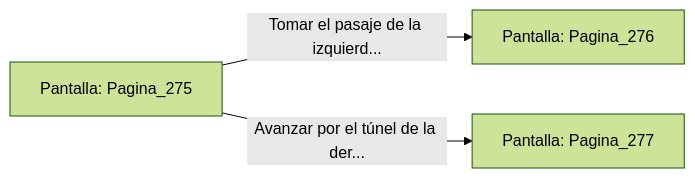
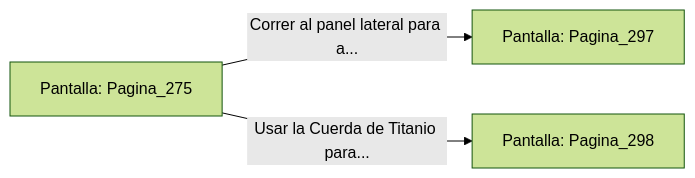
The diagram in sample/eligejuego-vault/Pantalla_Pagina_275.md (metsuke/mpl), drawn with Mermaid (forest theme) before and after one commit. The commit also changed other lines of this file and 635 other files, not shown here.

First line of the commit message:
fix: añadir Pagina_1 como pantalla inicial en capitulo_01.mpl

````diff
--- a/sample/eligejuego-vault/Pantalla_Pagina_275.md
+++ b/sample/eligejuego-vault/Pantalla_Pagina_275.md
@@ -20,6 +24,6 @@
 ```mermaid
 graph LR
     P_Pagina_275["Pantalla: Pagina_275"]
-    P_Pagina_275 -->|"Tomar el pasaje de la izquierd..."| P_Pagina_276["Pantalla: Pagina_276"]
-    P_Pagina_275 -->|"Avanzar por el túnel de la der..."| P_Pagina_277["Pantalla: Pagina_277"]
+    P_Pagina_275 -->|"Correr al panel lateral para a..."| P_Pagina_297["Pantalla: Pagina_297"]
+    P_Pagina_275 -->|"Usar la Cuerda de Titanio para..."| P_Pagina_298["Pantalla: Pagina_298"]
 ```
````
